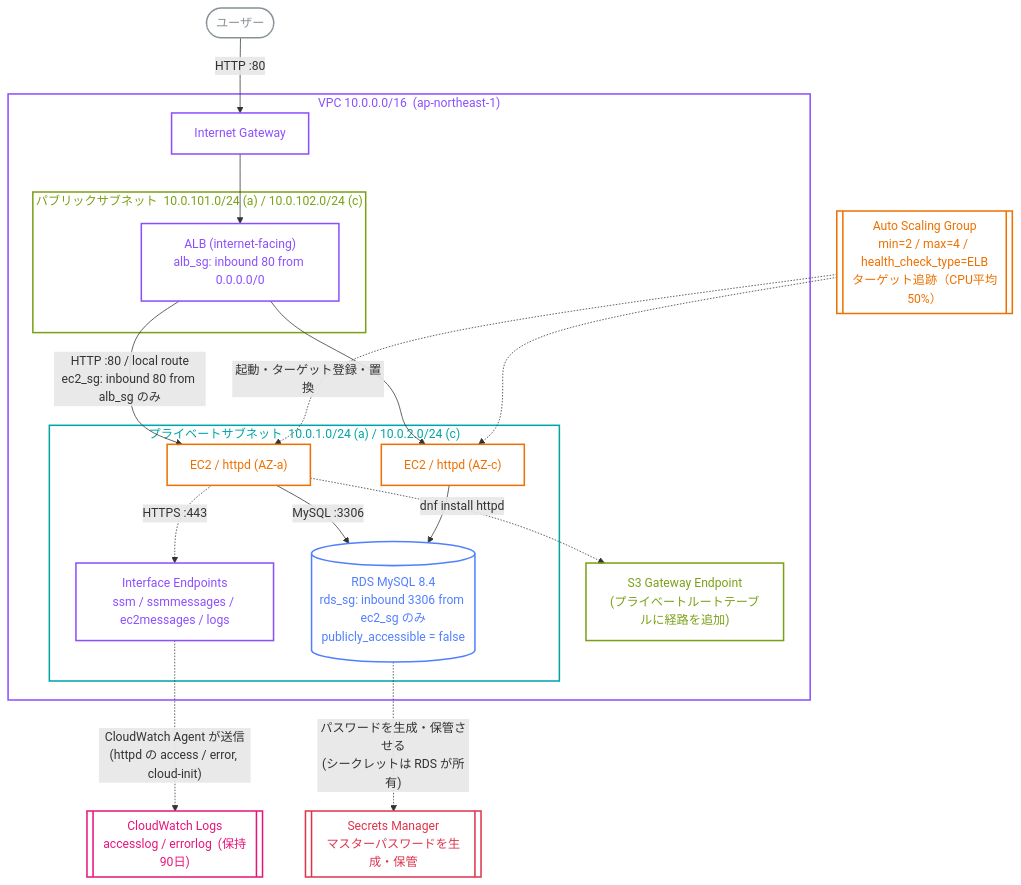
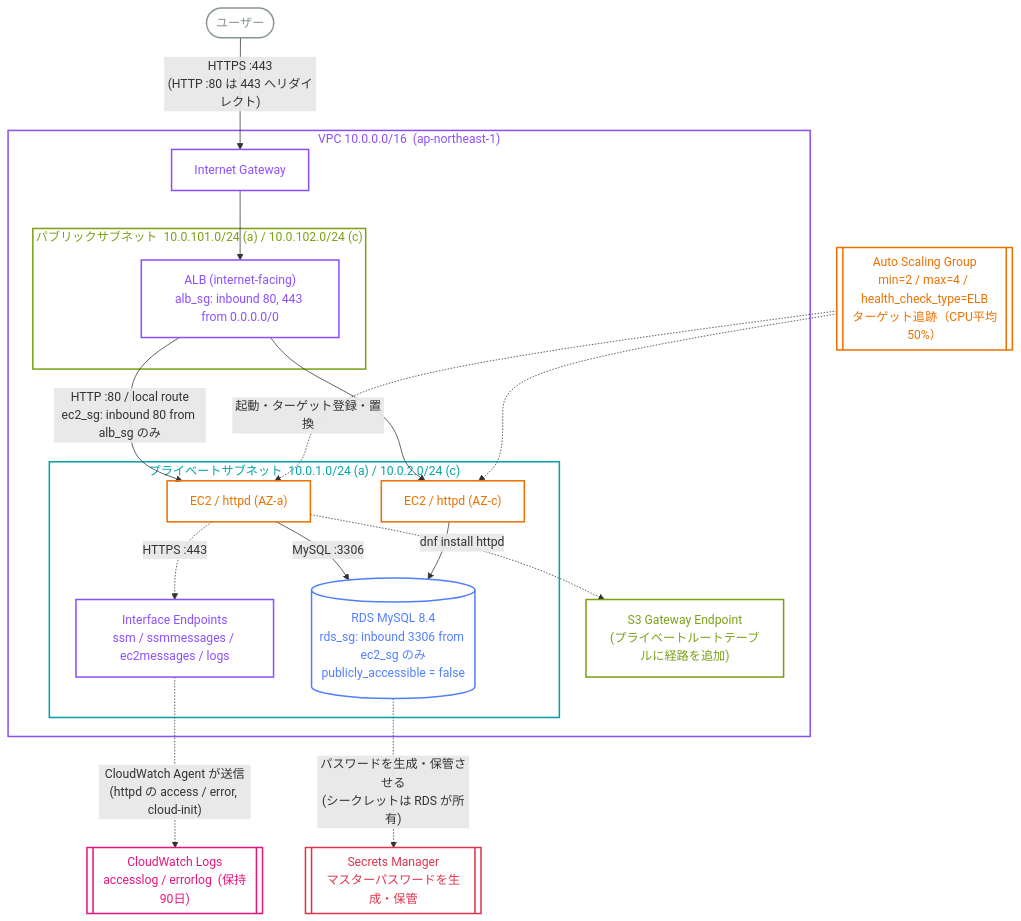
The diagram in README.md (youzuogoukou-cloud/aws-3tier-web-terraform), drawn with Mermaid before and after one commit. The commit also changed other lines of this file, not shown here.

Commit message:
Document the HTTPS termination

````diff
--- a/README.md
+++ b/README.md
@@ -17,57 +17,57 @@
 ```mermaid
 flowchart TB
     User([ユーザー])
 
     subgraph VPC["VPC 10.0.0.0/16 &nbsp;(ap-northeast-1)"]
         IGW[Internet Gateway]
 
         subgraph Public["パブリックサブネット &nbsp;10.0.101.0/24 (a) / 10.0.102.0/24 (c)"]
-            ALB["ALB (internet-facing)<br/>alb_sg: inbound 80 from 0.0.0.0/0"]
+            ALB["ALB (internet-facing)<br/>alb_sg: inbound 80, 443 from 0.0.0.0/0"]
         end
 
         subgraph Private["プライベートサブネット &nbsp;10.0.1.0/24 (a) / 10.0.2.0/24 (c)"]
             EC2A["EC2 / httpd&nbsp;(AZ-a)"]
             EC2C["EC2 / httpd&nbsp;(AZ-c)"]
             EPS["Interface Endpoints<br/>ssm / ssmmessages / ec2messages / logs"]
             RDS[("RDS MySQL 8.4<br/>rds_sg: inbound 3306 from ec2_sg のみ<br/>publicly_accessible = false")]
         end
 
         S3EP["S3 Gateway Endpoint<br/>(プライベートルートテーブルに経路を追加)"]
     end
 
     ASG[["Auto Scaling Group<br/>min=2 / max=4 / health_check_type=ELB<br/>ターゲット追跡（CPU平均50%）"]]
     SM[["Secrets Manager<br/>マスターパスワードを生成・保管"]]
     CWL[["CloudWatch Logs<br/>accesslog / errorlog &nbsp;(保持90日)"]]
 
-    User -->|HTTP :80| IGW --> ALB
+    User -->|"HTTPS :443<br/>(HTTP :80 は 443 へリダイレクト)"| IGW --> ALB
     ALB -->|"HTTP :80 / local route<br/>ec2_sg: inbound 80 from alb_sg のみ"| EC2A
     ALB --> EC2C
     ASG -.->|起動・ターゲット登録・置換| EC2A
     ASG -.-> EC2C
     EC2A -.->|HTTPS :443| EPS
     EC2A -.->|dnf install httpd| S3EP
     EPS -.->|"CloudWatch Agent が送信<br/>(httpd の access / error, cloud-init)"| CWL
     EC2A -->|"MySQL :3306"| RDS
     EC2C --> RDS
     RDS -.->|"パスワードを生成・保管させる<br/>(シークレットは RDS が所有)"| SM
 
     classDef network  fill:transparent,stroke:#8C4FFF,stroke-width:2px,color:#8C4FFF
     classDef compute  fill:transparent,stroke:#ED7100,stroke-width:2px,color:#ED7100
     classDef database fill:transparent,stroke:#527FFF,stroke-width:2px,color:#527FFF
     classDef storage  fill:transparent,stroke:#7AA116,stroke-width:2px,color:#7AA116
     classDef security fill:transparent,stroke:#DD344C,stroke-width:2px,color:#DD344C
     classDef mgmt     fill:transparent,stroke:#E7157B,stroke-width:2px,color:#E7157B
     classDef actor    fill:transparent,stroke:#879196,stroke-width:2px,color:#879196
 
     class IGW,ALB,EPS network
     class EC2A,EC2C,ASG compute
     class RDS database
     class S3EP storage
     class SM security
     class CWL mgmt
     class User actor
 
     style VPC     fill:transparent,stroke:#8C4FFF,stroke-width:2px,color:#8C4FFF
     style Public  fill:transparent,stroke:#7AA116,stroke-width:2px,color:#7AA116
     style Private fill:transparent,stroke:#00A4A6,stroke-width:2px,color:#00A4A6
 ```
````
